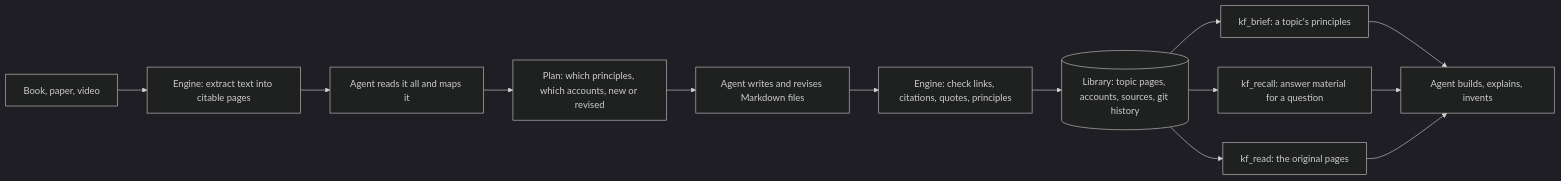
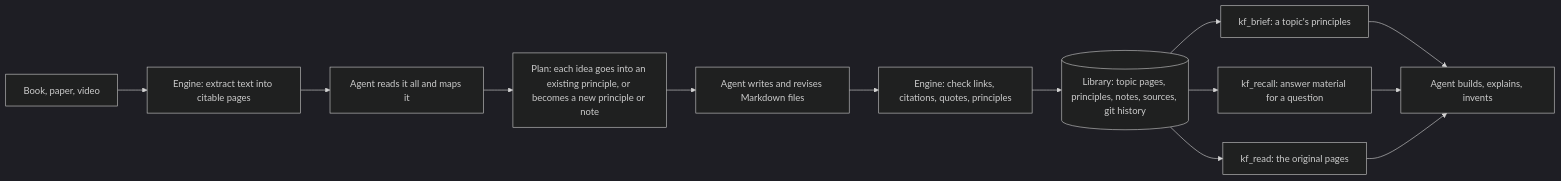
One commit to Barncore/know-fu changed the diagram in README.md. Above: the diagram before and after it, drawn with Mermaid (dark theme). The commit also changed other lines of this file and 31 other files, not shown here.

````diff
--- a/README.md
+++ b/README.md
@@ -31,15 +33,15 @@
 ```mermaid
 flowchart LR
   S[Book, paper, video] --> X[Engine: extract text into citable pages]
   X --> R[Agent reads it all and maps it]
-  R --> P[Plan: which principles, which accounts, new or revised]
+  R --> P[Plan: each idea goes into an existing principle, or becomes a new principle or note]
   P --> W[Agent writes and revises Markdown files]
   W --> C[Engine: check links, citations, quotes, principles]
-  C --> L[(Library: topic pages, accounts, sources, git history)]
+  C --> L[(Library: topic pages, principles, notes, sources, git history)]
   L --> B[kf_brief: a topic's principles]
   L --> Q[kf_recall: answer material for a question]
   L --> O[kf_read: the original pages]
   B --> A[Agent builds, explains, invents]
   Q --> A
   O --> A
 ```
````
